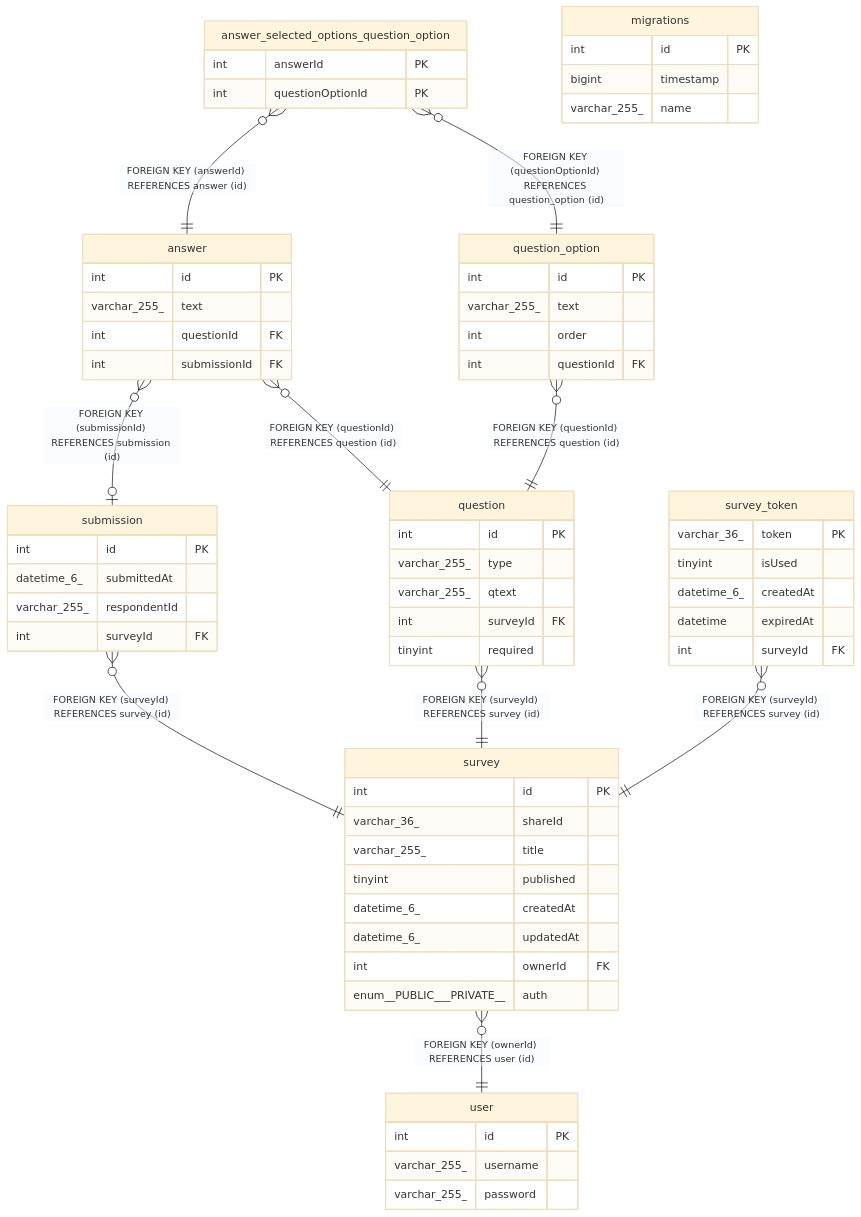
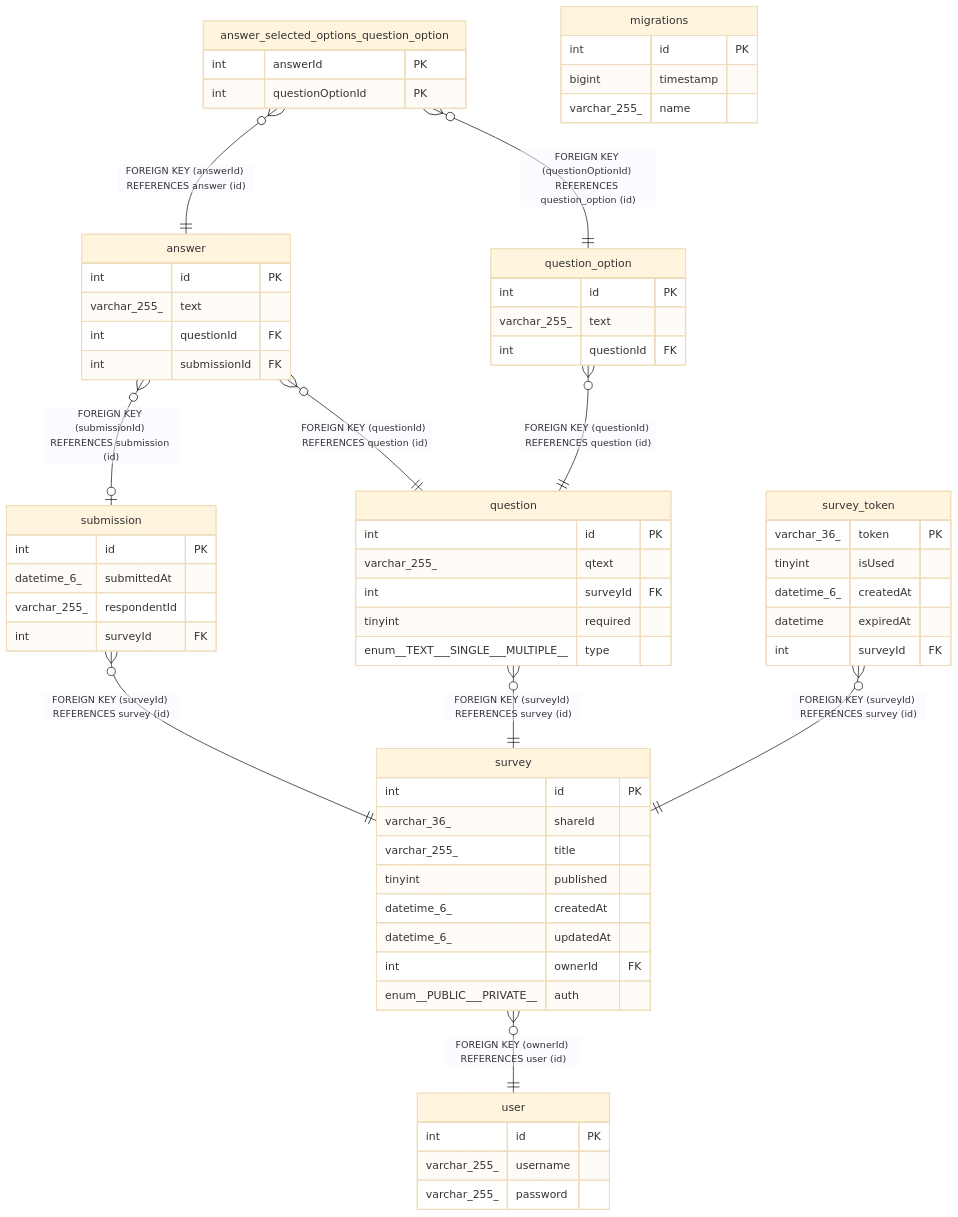
The diagram in docs/database/README.md (BepHblVI/First-nest), drawn with Mermaid (base theme) before and after one commit. The commit also changed other lines of this file and 9 other files, not shown here.

````diff
--- a/docs/database/README.md
+++ b/docs/database/README.md
@@ -19,70 +19,69 @@
 ```mermaid
 erDiagram
 
 "answer" }o--o| "submission" : "FOREIGN KEY (submissionId) REFERENCES submission (id)"
 "answer" }o--|| "question" : "FOREIGN KEY (questionId) REFERENCES question (id)"
 "answer_selected_options_question_option" }o--|| "answer" : "FOREIGN KEY (answerId) REFERENCES answer (id)"
 "answer_selected_options_question_option" }o--|| "question_option" : "FOREIGN KEY (questionOptionId) REFERENCES question_option (id)"
 "question" }o--|| "survey" : "FOREIGN KEY (surveyId) REFERENCES survey (id)"
 "question_option" }o--|| "question" : "FOREIGN KEY (questionId) REFERENCES question (id)"
 "submission" }o--|| "survey" : "FOREIGN KEY (surveyId) REFERENCES survey (id)"
 "survey" }o--|| "user" : "FOREIGN KEY (ownerId) REFERENCES user (id)"
 "survey_token" }o--|| "survey" : "FOREIGN KEY (surveyId) REFERENCES survey (id)"
 
 "answer" {
   int id PK
   varchar_255_ text
   int questionId FK
   int submissionId FK
 }
 "answer_selected_options_question_option" {
   int answerId PK
   int questionOptionId PK
 }
 "migrations" {
   int id PK
   bigint timestamp
   varchar_255_ name
 }
 "question" {
   int id PK
-  varchar_255_ type
   varchar_255_ qtext
   int surveyId FK
   tinyint required
+  enum__TEXT___SINGLE___MULTIPLE__ type
 }
 "question_option" {
   int id PK
   varchar_255_ text
-  int order
   int questionId FK
 }
 "submission" {
   int id PK
   datetime_6_ submittedAt
   varchar_255_ respondentId
   int surveyId FK
 }
 "survey" {
   int id PK
   varchar_36_ shareId
   varchar_255_ title
   tinyint published
   datetime_6_ createdAt
   datetime_6_ updatedAt
   int ownerId FK
   enum__PUBLIC___PRIVATE__ auth
 }
 "survey_token" {
   varchar_36_ token PK
   tinyint isUsed
   datetime_6_ createdAt
   datetime expiredAt
   int surveyId FK
 }
 "user" {
   int id PK
   varchar_255_ username
   varchar_255_ password
 }
 ```
````
